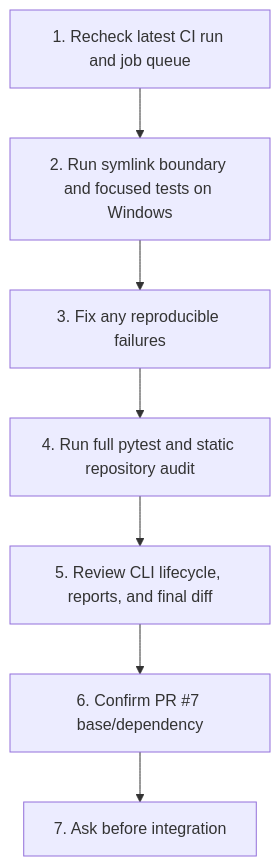
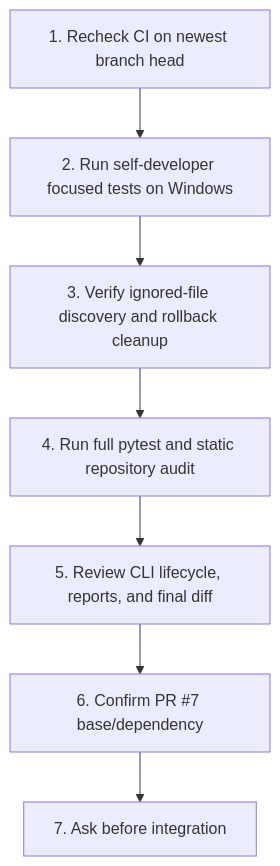
Before and after one commit to deathkernel/TARA: the sixth of 7 diagrams in README.md, drawn with Mermaid. The commit also changed other lines of this file, not shown here.

Commit message:
docs: record candidate rollback and ignored-test hardening

````diff
--- a/README.md
+++ b/README.md
@@ -131,9 +132,9 @@
 ```mermaid
 flowchart TD
-    N1[1. Recheck latest CI run and job queue] --> N2[2. Run symlink boundary and focused tests on Windows]
-    N2 --> N3[3. Fix any reproducible failures]
+    N1[1. Recheck CI on newest branch head] --> N2[2. Run self-developer focused tests on Windows]
+    N2 --> N3[3. Verify ignored-file discovery and rollback cleanup]
     N3 --> N4[4. Run full pytest and static repository audit]
     N4 --> N5[5. Review CLI lifecycle, reports, and final diff]
     N5 --> N6[6. Confirm PR #7 base/dependency]
     N6 --> N7[7. Ask before integration]
 ```
````
